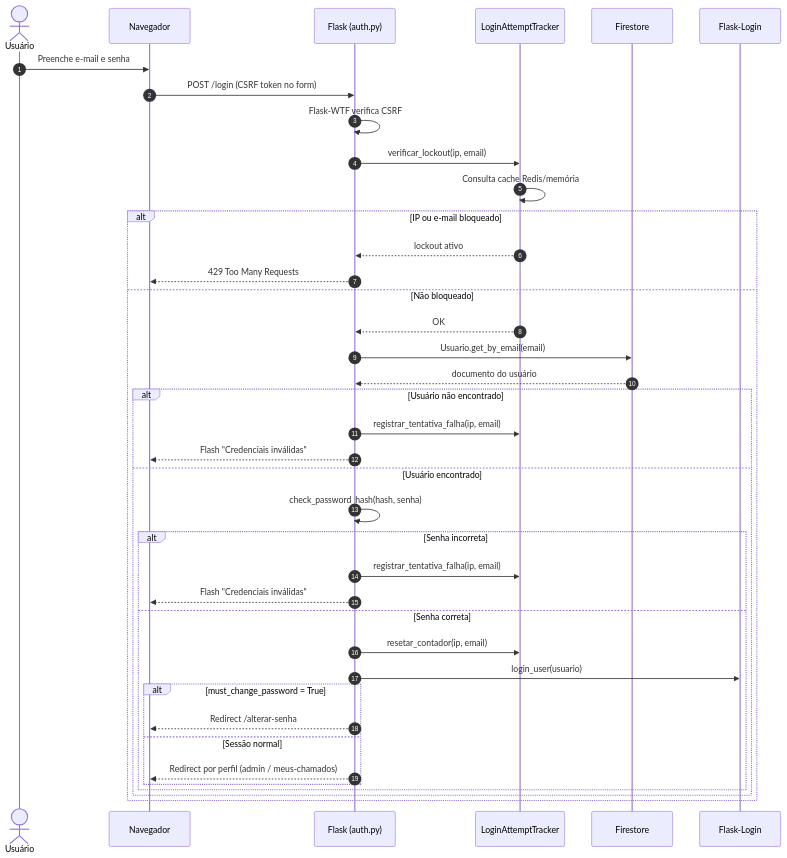
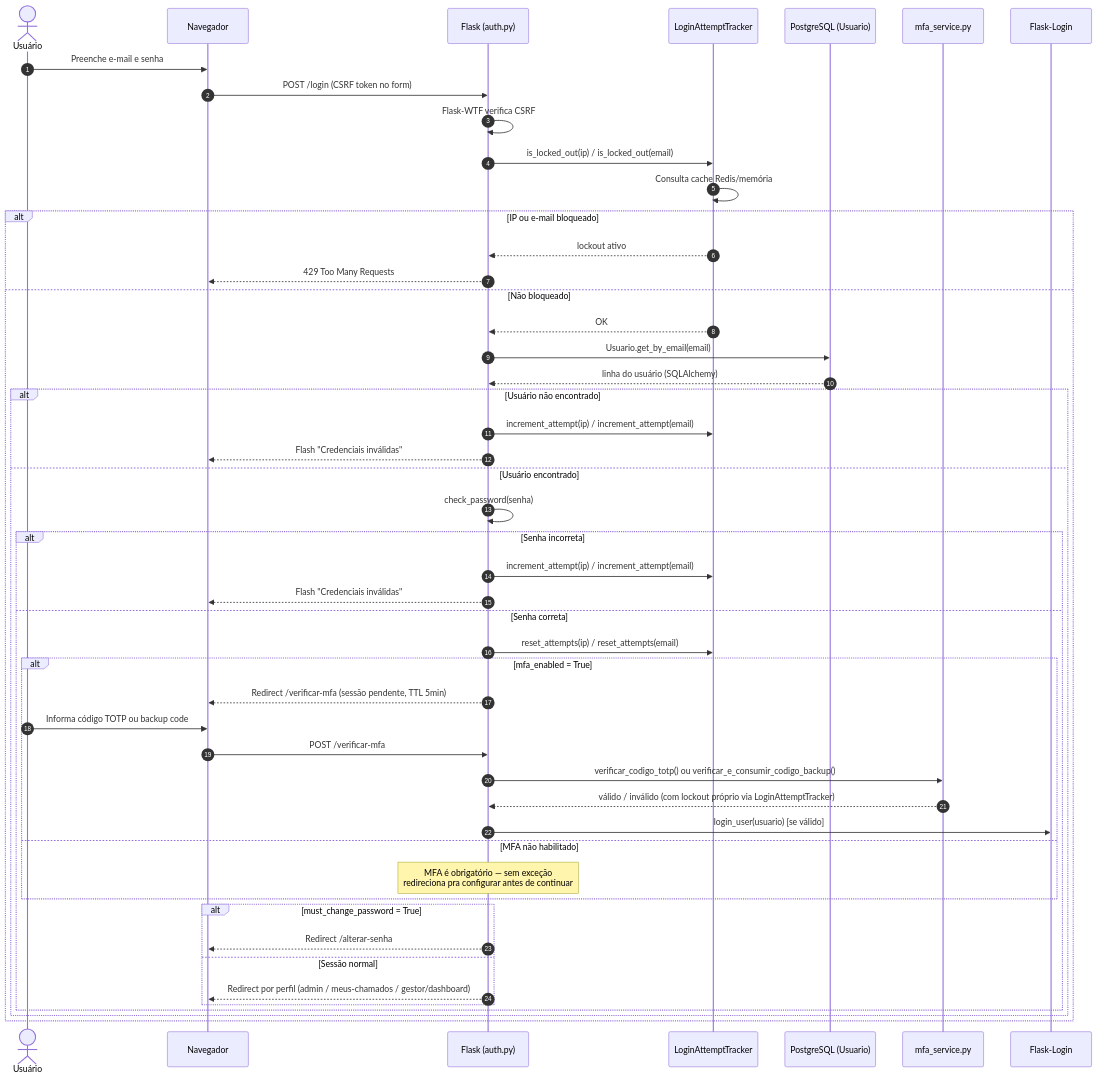
The fifth of 10 diagrams in docs/ARQUITETURA.md (matheusth16/sistema-chamados-dtx), drawn with Mermaid before and after one commit. The commit also changed other lines of this file, not shown here.

````diff
--- a/docs/ARQUITETURA.md
+++ b/docs/ARQUITETURA.md
@@ -200,42 +258,52 @@
 ```mermaid
 sequenceDiagram
     autonumber
     actor U as Usuário
     participant B as Navegador
     participant F as Flask (auth.py)
     participant L as LoginAttemptTracker
-    participant FS as Firestore
+    participant DB as PostgreSQL (Usuario)
+    participant MFA as mfa_service.py
     participant FLG as Flask-Login
 
     U->>B: Preenche e-mail e senha
     B->>F: POST /login (CSRF token no form)
     F->>F: Flask-WTF verifica CSRF
-    F->>L: verificar_lockout(ip, email)
+    F->>L: is_locked_out(ip) / is_locked_out(email)
     L->>L: Consulta cache Redis/memória
     alt IP ou e-mail bloqueado
         L-->>F: lockout ativo
         F-->>B: 429 Too Many Requests
     else Não bloqueado
         L-->>F: OK
-        F->>FS: Usuario.get_by_email(email)
-        FS-->>F: documento do usuário
+        F->>DB: Usuario.get_by_email(email)
+        DB-->>F: linha do usuário (SQLAlchemy)
         alt Usuário não encontrado
-            F->>L: registrar_tentativa_falha(ip, email)
+            F->>L: increment_attempt(ip) / increment_attempt(email)
             F-->>B: Flash "Credenciais inválidas"
         else Usuário encontrado
-            F->>F: check_password_hash(hash, senha)
+            F->>F: check_password(senha)
             alt Senha incorreta
-                F->>L: registrar_tentativa_falha(ip, email)
+                F->>L: increment_attempt(ip) / increment_attempt(email)
                 F-->>B: Flash "Credenciais inválidas"
             else Senha correta
-                F->>L: resetar_contador(ip, email)
-                F->>FLG: login_user(usuario)
+                F->>L: reset_attempts(ip) / reset_attempts(email)
+                alt mfa_enabled = True
+                    F-->>B: Redirect /verificar-mfa (sessão pendente, TTL 5min)
+                    U->>B: Informa código TOTP ou backup code
+                    B->>F: POST /verificar-mfa
+                    F->>MFA: verificar_codigo_totp() ou verificar_e_consumir_codigo_backup()
+                    MFA-->>F: válido / inválido (com lockout próprio via LoginAttemptTracker)
+                    F->>FLG: login_user(usuario) [se válido]
+                else MFA não habilitado
+                    Note over F: MFA é obrigatório — sem exceção<br/>redireciona pra configurar antes de continuar
+                end
                 alt must_change_password = True
                     F-->>B: Redirect /alterar-senha
                 else Sessão normal
-                    F-->>B: Redirect por perfil (admin / meus-chamados)
+                    F-->>B: Redirect por perfil (admin / meus-chamados / gestor/dashboard)
                 end
             end
         end
     end
 ```
````
